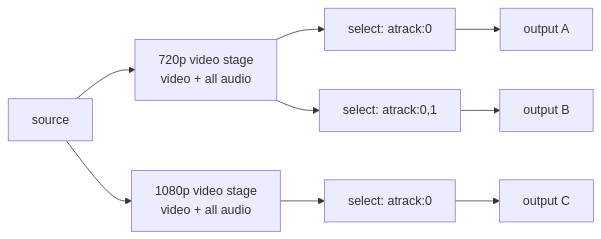
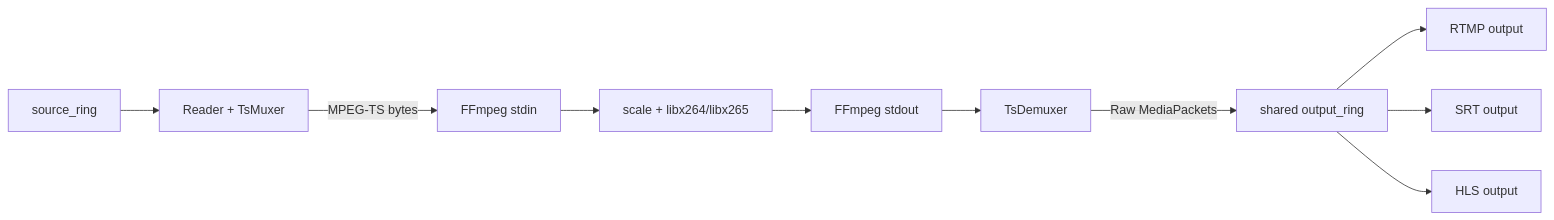
Before and after one commit to krsna1729/restream: the third of 4 diagrams in docs/media-pipeline.md, drawn with Mermaid. The commit also changed other lines of this file and 58 other files, not shown here.

````diff
--- a/docs/media-pipeline.md
+++ b/docs/media-pipeline.md
@@ -618,18 +141,12 @@
 ```mermaid
 flowchart LR
-  SRC["source"]
-  V720["720p video stage\nvideo + all audio"]
-  V1080["1080p video stage\nvideo + all audio"]
-  A720_0["select: atrack:0"]
-  A720_01["select: atrack:0,1"]
-  A1080_0["select: atrack:0"]
-  O1["output A"]
-  O2["output B"]
-  O3["output C"]
-
-  SRC --> V720
-  SRC --> V1080
-  V720 --> A720_0 --> O1
-  V720 --> A720_01 --> O2
-  V1080 --> A1080_0 --> O3
+    Source["source_ring"] --> Reader["Reader + TsMuxer"]
+    Reader -->|MPEG-TS bytes| Stdin["FFmpeg stdin"]
+    Stdin --> Encode["scale + libx264/libx265"]
+    Encode --> Stdout["FFmpeg stdout"]
+    Stdout --> Demux["TsDemuxer"]
+    Demux -->|Raw MediaPackets| Ring["shared output_ring"]
+    Ring --> Rtmp["RTMP output"]
+    Ring --> Srt["SRT output"]
+    Ring --> Hls["HLS output"]
 ```
````
